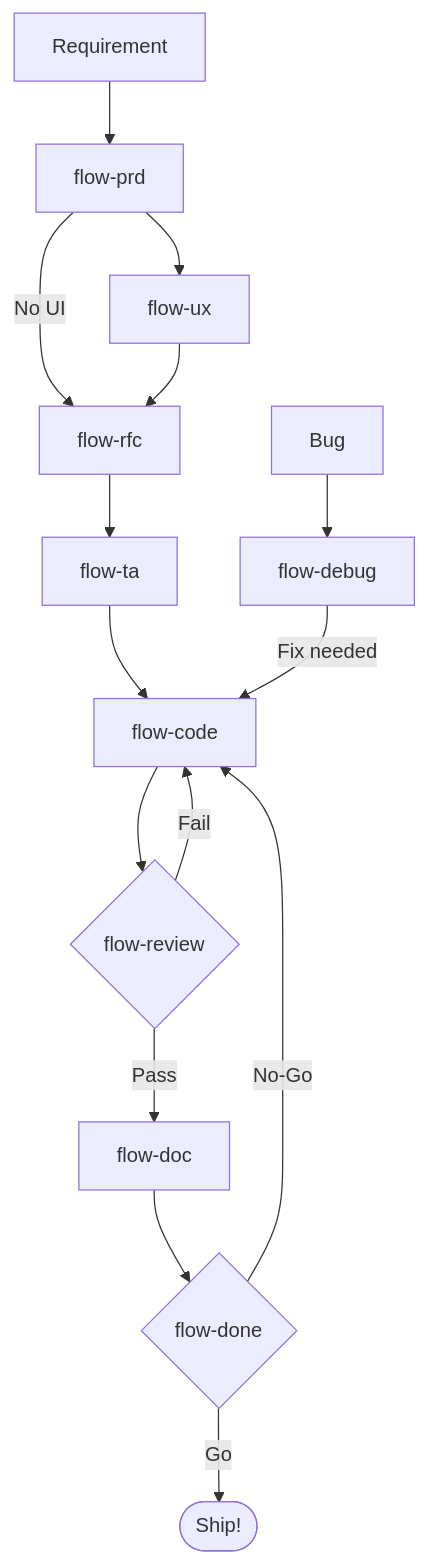
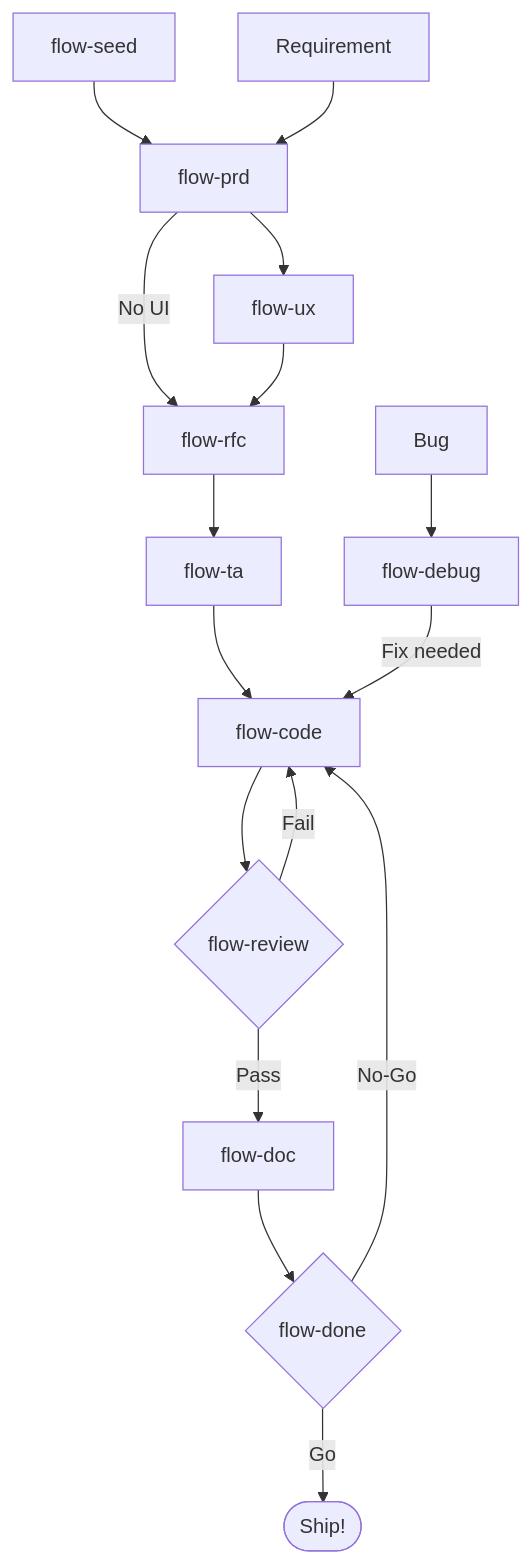
Before and after one commit to viniciuscarneiro/ai-dev-flow: the first of 3 diagrams in README.md, drawn with Mermaid. The commit also changed other lines of this file and 15 other files, not shown here.

First line of the commit message:
Add /flow-seed onboarding and PRD knowledge soft gate (#10)

````diff
--- a/README.md
+++ b/README.md
@@ -66,18 +67,19 @@
 ```mermaid
 graph TD
+    S["flow-seed"] --> B["flow-prd"]
     A[Requirement] --> B["flow-prd"]
     B --> B2["flow-ux"]
     B -->|"No UI"| C["flow-rfc"]
     B2 --> C["flow-rfc"]
     C --> D["flow-ta"]
     D --> E["flow-code"]
     E --> F{"flow-review"}
     F -- Pass --> G["flow-doc"]
     F -- Fail --> E
     G --> H{"flow-done"}
     H -- Go --> I(["Ship!"])
     H -- No-Go --> E
 
     J[Bug] --> K["flow-debug"]
     K -- Fix needed --> E
 ```
````
